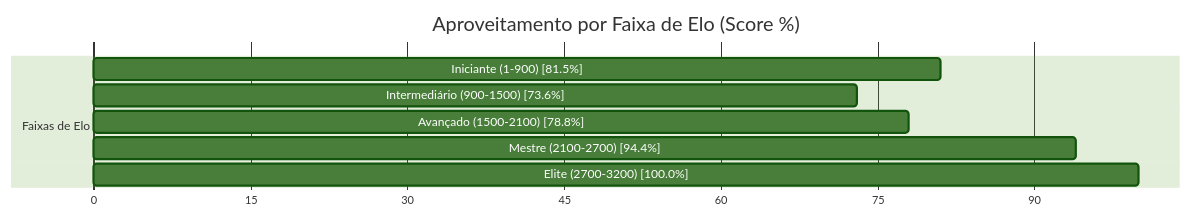
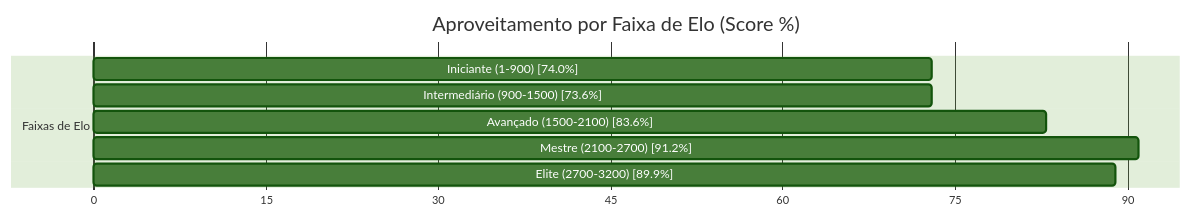
The second of 2 diagrams in chess_bot/relatorios_avancos/relatorio_bateria_10000_partidas_64_workers.md (Bruno1991/sNeura_Gym), drawn with Mermaid (forest theme) before and after one commit. The commit also changed other lines of this file and 10 other files, not shown here.

````diff
--- a/chess_bot/relatorios_avancos/relatorio_bateria_10000_partidas_64_workers.md
+++ b/chess_bot/relatorios_avancos/relatorio_bateria_10000_partidas_64_workers.md
@@ -50,12 +50,12 @@
 ```mermaid
 gantt
     title Aproveitamento por Faixa de Elo (Score %)
     dateFormat X
     axisFormat %s
     section Faixas de Elo
-    Iniciante (1-900) [81.5%] : 0, 81
+    Iniciante (1-900) [74.0%] : 0, 73
     Intermediário (900-1500) [73.6%] : 0, 73
-    Avançado (1500-2100) [78.8%] : 0, 78
-    Mestre (2100-2700) [94.4%] : 0, 94
-    Elite (2700-3200) [100.0%] : 0, 100
+    Avançado (1500-2100) [83.6%] : 0, 83
+    Mestre (2100-2700) [91.2%] : 0, 91
+    Elite (2700-3200) [89.9%] : 0, 89
 ```
````
